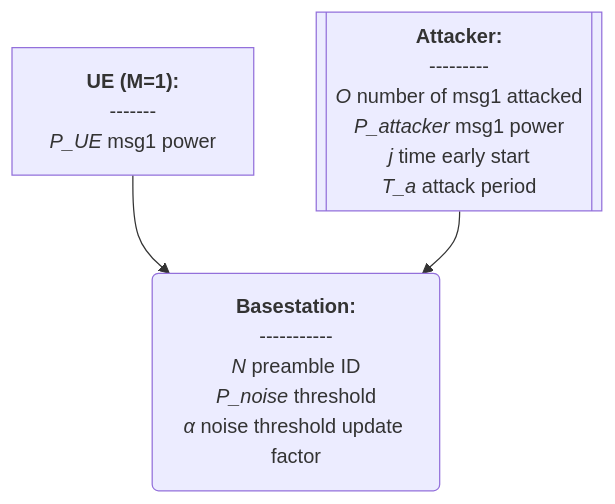
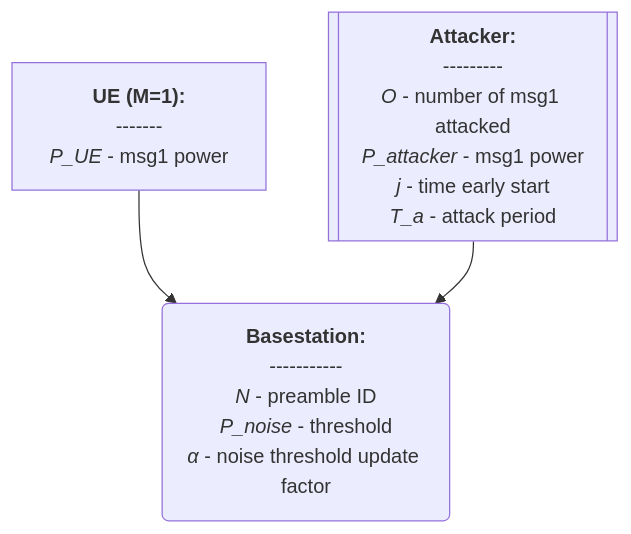
One commit to bmw-ece-ntust/wilfrid-prach-attack-analysis changed the second of 7 diagrams in docs/20250310 Thesis (Basic Msg1 Model).md. Above: the diagram before and after it, drawn with Mermaid.

Commit message:
Update 20250310 Thesis (Basic Msg1 Model).md

````diff
--- a/docs/20250310 Thesis (Basic Msg1 Model).md
+++ b/docs/20250310 Thesis (Basic Msg1 Model).md
@@ -63,19 +63,19 @@
 ```mermaid
 flowchart TD
     A("`**Basestation:**
     -----------
-    *N* preamble ID
-    *P_noise* threshold
-    *α* noise threshold update factor`")
+    *N* - preamble ID
+    *P_noise* - threshold
+    *α* - noise threshold update factor`")
     B["`**UE (M=1):**
     -------
-    *P_UE* msg1 power`"]
+    *P_UE* - msg1 power`"]
     C[["`**Attacker:**
     ---------
-    *O* number of msg1 attacked
-    *P_attacker* msg1 power
-    *j* time early start
-    *T_a* attack period`"]]
+    *O* - number of msg1 attacked
+    *P_attacker* - msg1 power
+    *j* - time early start
+    *T_a* - attack period`"]]
     B-->A
     C-->A
 ```
````
